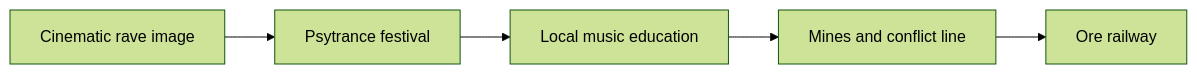
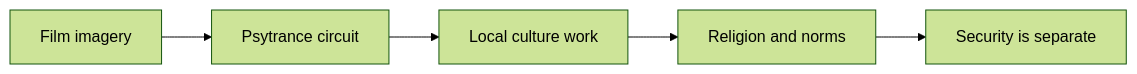
Before and after one commit to daylight55/research: the diagram in articles/report/sahara-desert-raves-morocco-mauritania/en/index.mdx, drawn with Mermaid (forest theme). The commit also changed other lines of this file and 9 other files, not shown here.

````diff
--- a/articles/report/sahara-desert-raves-morocco-mauritania/en/index.mdx
+++ b/articles/report/sahara-desert-raves-morocco-mauritania/en/index.mdx
@@ -31,13 +31,13 @@
 ```mermaid
 flowchart LR
-  Film["Cinematic rave image"]
-  Psy["Psytrance festival"]
-  Local["Local music education"]
-  Risk["Mines and conflict line"]
-  Rail["Ore railway"]
+  Film["Film imagery"]
+  Psy["Psytrance circuit"]
+  Culture["Local culture work"]
+  Religion["Religion and norms"]
+  Security["Security is separate"]
 
   Film --> Psy
-  Psy --> Local
-  Local --> Risk
-  Risk --> Rail
+  Psy --> Culture
+  Culture --> Religion
+  Religion --> Security
 ```
````
